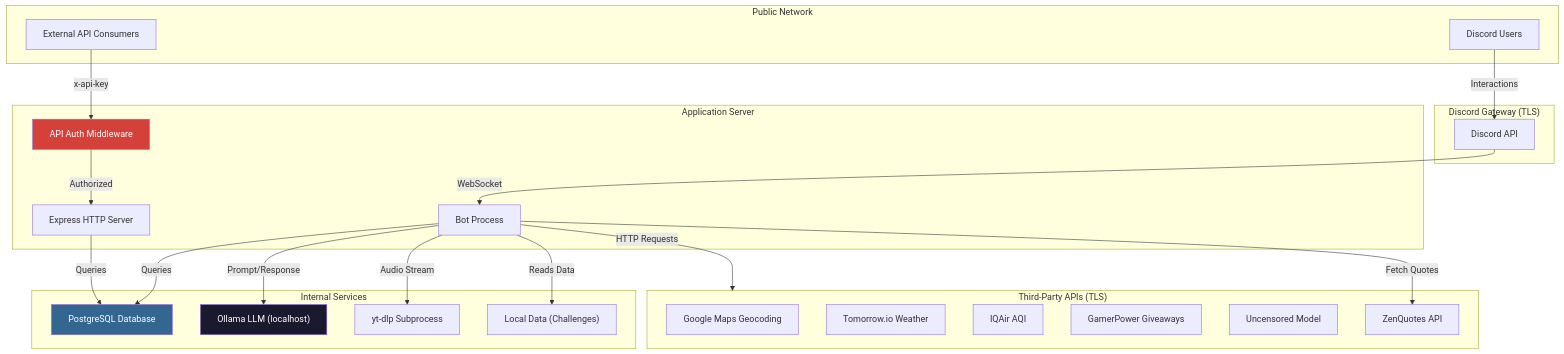
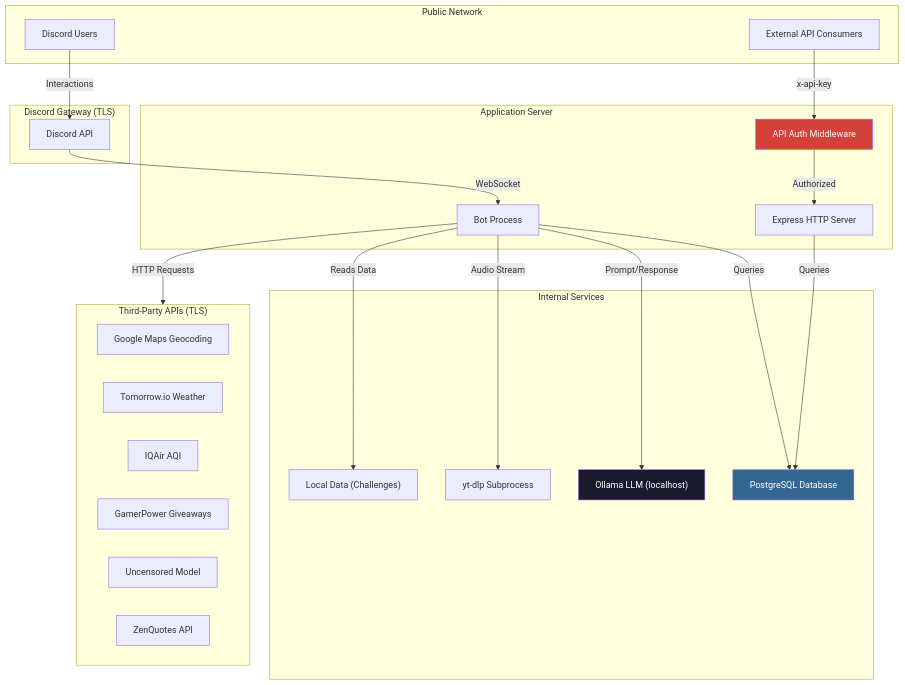
The first of 2 diagrams in SECURITY.md (ranveerminhas0/nxtgencore), drawn with Mermaid before and after one commit.

Commit message:
fixed security.md (#16)
fixed security.md

````diff
--- a/SECURITY.md
+++ b/SECURITY.md
@@ -11,50 +11,49 @@
 ```mermaid
 graph TB
     subgraph Public["Public Network"]
         U["Discord Users"]
         EXT["External API Consumers"]
     end
 
     subgraph Discord["Discord Gateway (TLS)"]
         API["Discord API"]
     end
 
     subgraph Server["Application Server"]
         BOT["Bot Process"]
         EXPRESS["Express HTTP Server"]
         AUTH["API Auth Middleware"]
     end
 
     subgraph Internal["Internal Services"]
         DB["PostgreSQL Database"]
         AI["Ollama LLM (localhost)"]
         YTDLP["yt-dlp Subprocess"]
         JSON["Local Data (Challenges)"]
     end
 
     subgraph ThirdParty["Third-Party APIs (TLS)"]
         GOOGLE["Google Maps Geocoding"]
         WEATHER["Tomorrow.io Weather"]
         IQAIR["IQAir AQI"]
         GAMER["GamerPower Giveaways"]
         HF["Uncensored Model"]
         ZEN["ZenQuotes API"]
     end
 
     U -->|Interactions| API
     API -->|WebSocket| BOT
     BOT -->|Queries| DB
     BOT -->|Prompt/Response| AI
     BOT -->|Audio Stream| YTDLP
     BOT -->|Reads Data| JSON
     BOT -->|HTTP Requests| ThirdParty
-    BOT -->|Fetch Quotes| ZEN
 
     EXT -->|x-api-key| AUTH
     AUTH -->|Authorized| EXPRESS
     EXPRESS -->|Queries| DB
 
     style AUTH fill:#d4403a,color:#fff
     style DB fill:#336791,color:#fff
     style AI fill:#1a1a2e,color:#fff
 ```
````
